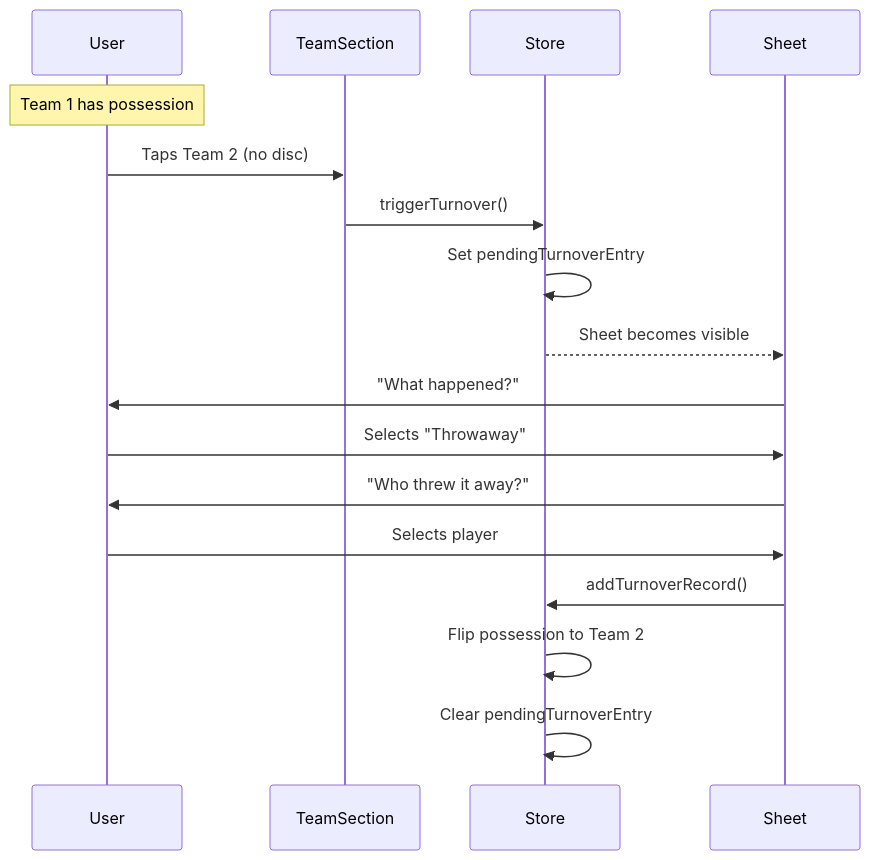
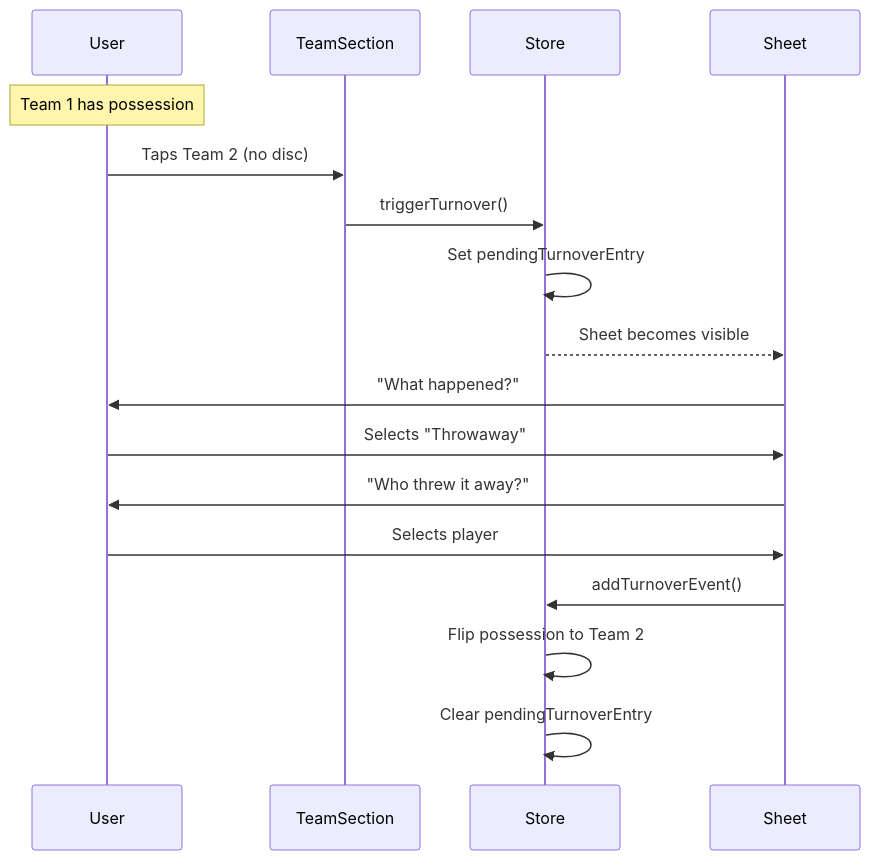
The second of 4 diagrams in docs/turnover-tracking.md (DanLang1/ultimatestats), drawn with Mermaid before and after one commit. The commit also changed other lines of this file and 29 other files, not shown here.

Commit message:
bug fixes, adding immer, adding game timeline functionality

````diff
--- a/docs/turnover-tracking.md
+++ b/docs/turnover-tracking.md
@@ -63,20 +72,20 @@
 ```mermaid
 sequenceDiagram
     participant User
     participant TeamSection
     participant Store
     participant Sheet
 
     Note over User: Team 1 has possession
     User->>TeamSection: Taps Team 2 (no disc)
     TeamSection->>Store: triggerTurnover()
     Store->>Store: Set pendingTurnoverEntry
     Store-->>Sheet: Sheet becomes visible
     Sheet->>User: "What happened?"
     User->>Sheet: Selects "Throwaway"
     Sheet->>User: "Who threw it away?"
     User->>Sheet: Selects player
-    Sheet->>Store: addTurnoverRecord()
+    Sheet->>Store: addTurnoverEvent()
     Store->>Store: Flip possession to Team 2
     Store->>Store: Clear pendingTurnoverEntry
 ```
````
